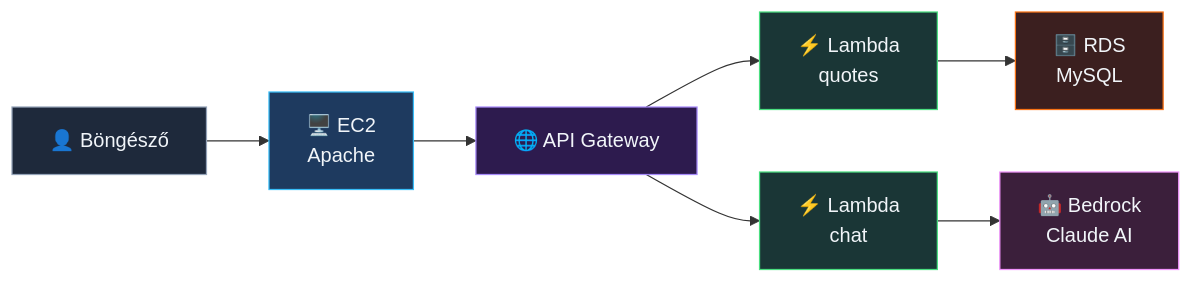
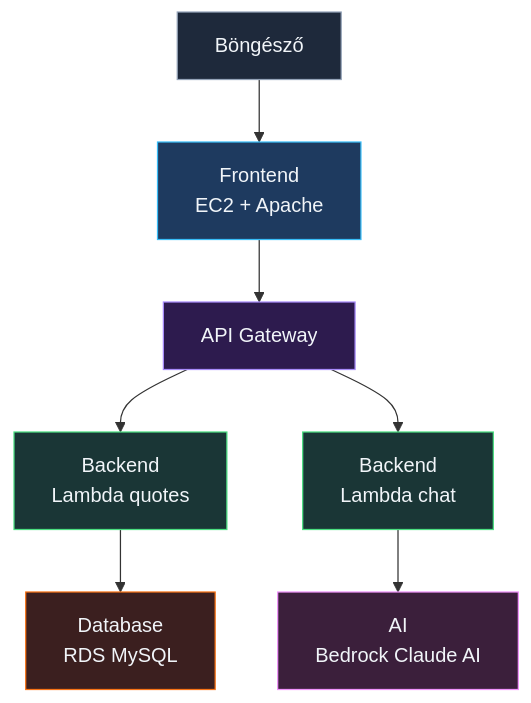
One commit to cloudsteak/trn-aws-workshop changed the diagram in README.md. Above: the diagram before and after it, drawn with Mermaid.

Commit message:
Update architecture diagram in README.md for clarity and consistency (#2)

````diff
--- a/README.md
+++ b/README.md
@@ -10,25 +10,25 @@
 ```mermaid
-graph LR
-    Browser["👤 Böngésző"]
-    EC2["🖥️ EC2<br/>Apache"]
-    APIGW["🌐 API Gateway"]
-    LambdaQ["⚡ Lambda<br/>quotes"]
-    LambdaC["⚡ Lambda<br/>chat"]
-    RDS["🗄️ RDS<br/>MySQL"]
-    Bedrock["🤖 Bedrock<br/>Claude AI"]
+graph TD
+    Browser["Böngésző"]
+    EC2["Frontend<br/>EC2 + Apache"]
+    APIGW["API Gateway"]
+    LambdaQ["Backend<br/>Lambda quotes"]
+    LambdaC["Backend<br/>Lambda chat"]
+    RDS["Database<br/>RDS MySQL"]
+    Bedrock["AI<br/>Bedrock Claude AI"]
 
     Browser --> EC2
     EC2 --> APIGW
     APIGW --> LambdaQ
     APIGW --> LambdaC
     LambdaQ --> RDS
     LambdaC --> Bedrock
 
     style Browser fill:#1e293b,stroke:#94a3b8,color:#f1f5f9
     style EC2 fill:#1e3a5f,stroke:#38bdf8,color:#f1f5f9
     style APIGW fill:#2d1b4e,stroke:#a78bfa,color:#f1f5f9
     style LambdaQ fill:#1a3636,stroke:#4ade80,color:#f1f5f9
     style LambdaC fill:#1a3636,stroke:#4ade80,color:#f1f5f9
     style RDS fill:#3b1f1f,stroke:#f97316,color:#f1f5f9
     style Bedrock fill:#3b1f3b,stroke:#f093fb,color:#f1f5f9
 ```
````
